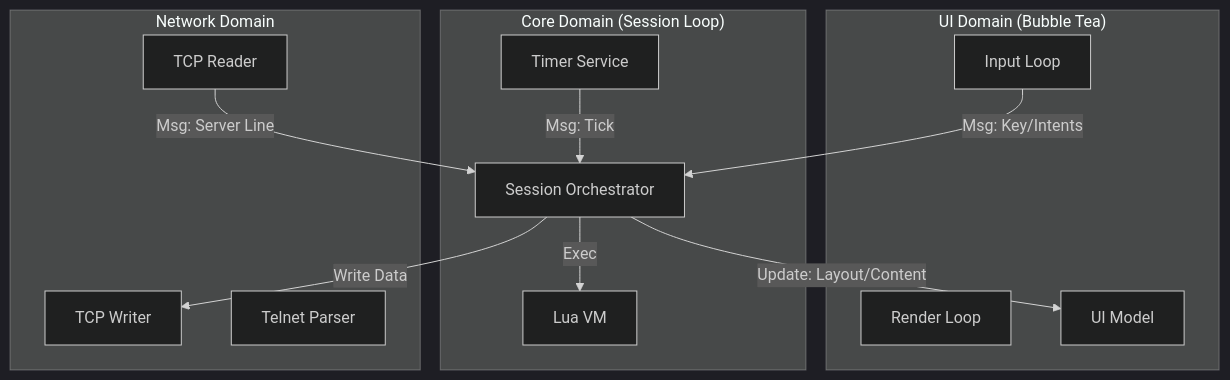
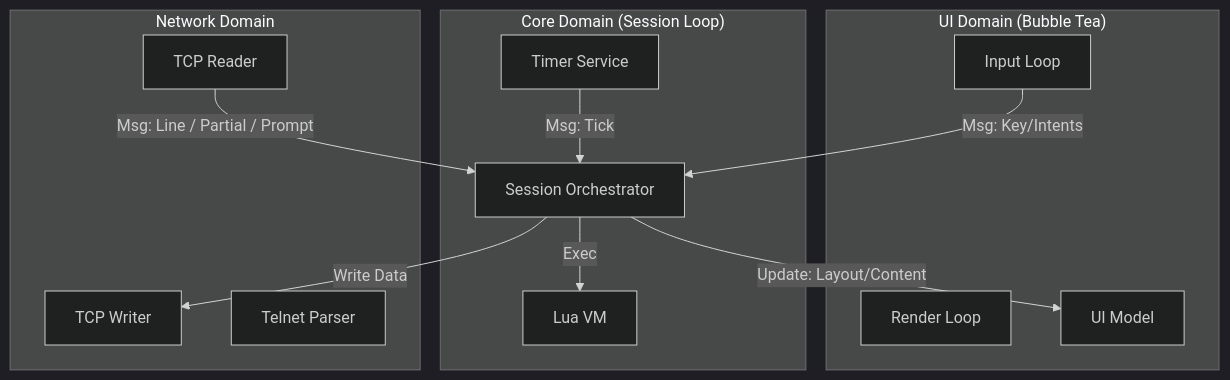
The diagram in docs/architecture.md (mmcdole/rune), drawn with Mermaid (dark theme) before and after one commit. The commit also changed other lines of this file and 9 other files, not shown here.

Commit message:
docs: define prompt updates and partial output

````diff
--- a/docs/architecture.md
+++ b/docs/architecture.md
@@ -19,29 +19,29 @@
 ```mermaid
 graph TD
     subgraph "UI Domain (Bubble Tea)"
         Input[Input Loop]
         Render[Render Loop]
         Model[UI Model]
     end
 
     subgraph "Core Domain (Session Loop)"
         Session[Session Orchestrator]
         Lua[Lua VM]
         Timer[Timer Service]
     end
 
     subgraph "Network Domain"
         NetRead[TCP Reader]
         NetWrite[TCP Writer]
         Parser[Telnet Parser]
     end
 
     %% Data Flow
     Input -->|Msg: Key/Intents| Session
-    NetRead -->|Msg: Server Line| Session
+    NetRead -->|Msg: Line / Partial / Prompt| Session
     Timer -->|Msg: Tick| Session
 
     Session -->|Update: Layout/Content| Model
     Session -->|Write Data| NetWrite
     Session -->|Exec| Lua
 ```
````
